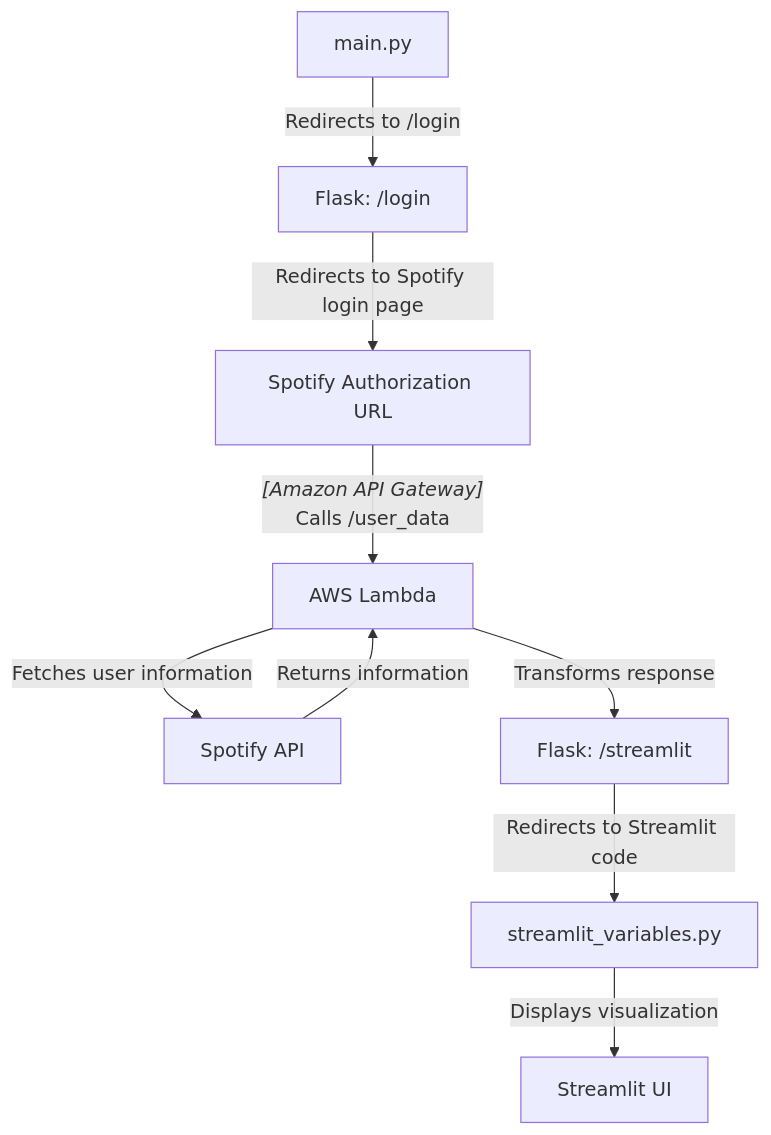
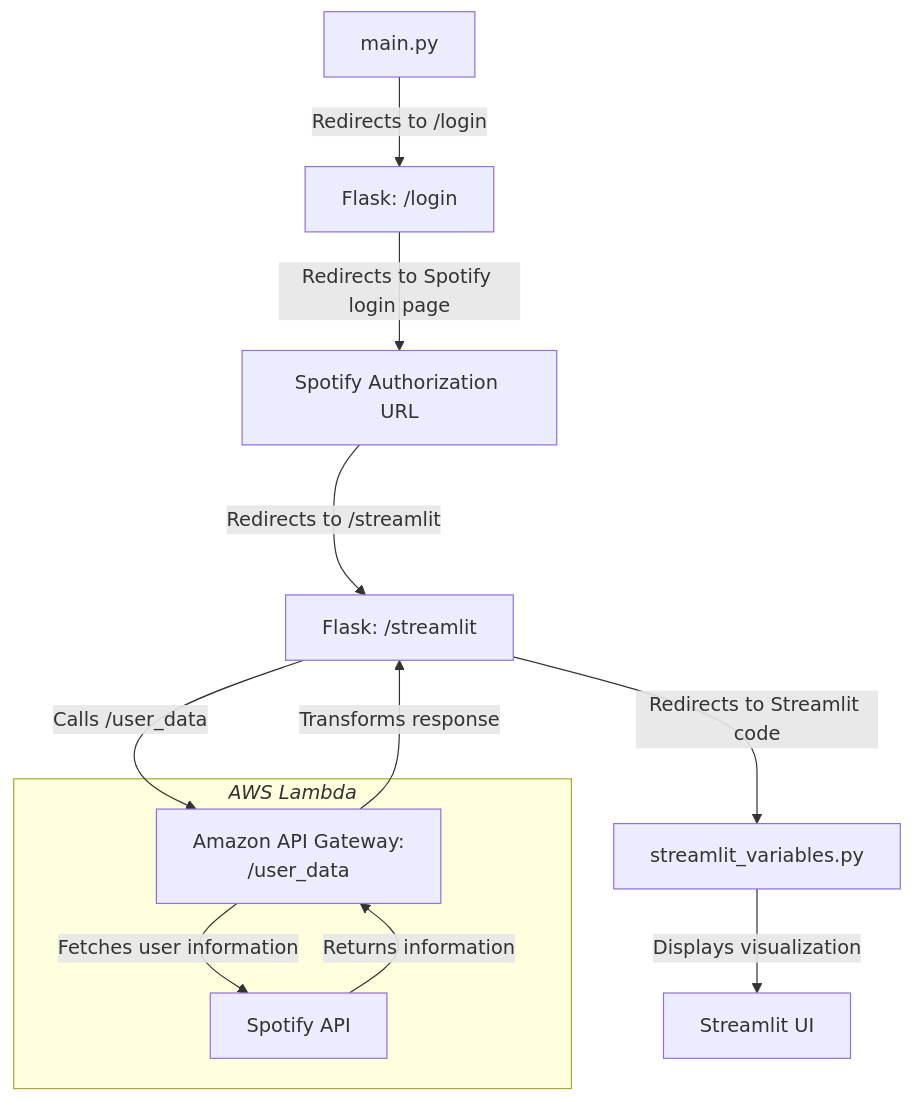
One commit to michaelareyes/608-spotify-app changed the third of 4 diagrams in flowchart.md. Above: the diagram before and after it, drawn with Mermaid. The commit also changed other lines of this file, not shown here.

````diff
--- a/flowchart.md
+++ b/flowchart.md
@@ -70,11 +70,21 @@
 ```mermaid
 graph TD;
     main_py[main.py] -->|Redirects to /login| login[Flask: /login]
     login -->|Redirects to Spotify login page| AUTH_URL[Spotify Authorization URL]
-    AUTH_URL --> |"<i>[Amazon API Gateway]</i>" <br>Calls /user_data</br| AWS_Lambda[AWS Lambda]
-    AWS_Lambda --> |Fetches user information| Spotify_API[Spotify API]
-    Spotify_API --> |Returns information| AWS_Lambda
-    AWS_Lambda --> |Transforms response| streamlit_flask[Flask: /streamlit]
+    AUTH_URL ---> |Redirects to /streamlit| streamlit_flask[Flask: /streamlit]
+    streamlit_flask --> |Calls /user_data| API[Amazon API Gateway: <br> /user_data]
+
+    API --> |Transforms response| streamlit_flask 
+
     streamlit_flask -->|Redirects to Streamlit code| streamlit_variables_py[streamlit_variables.py]
     streamlit_variables_py --> |Displays visualization| Streamlit_UI[Streamlit UI]
+
+    AUTH_URL ~~~ streamlit_flask
+
+    subgraph AWSLambda["<i>AWS Lambda</i>"]
+        
+        API --> |Fetches user information| Spotify_API[Spotify API]
+        Spotify_API --> |Returns information| API
+        
+    end
 ```
````
